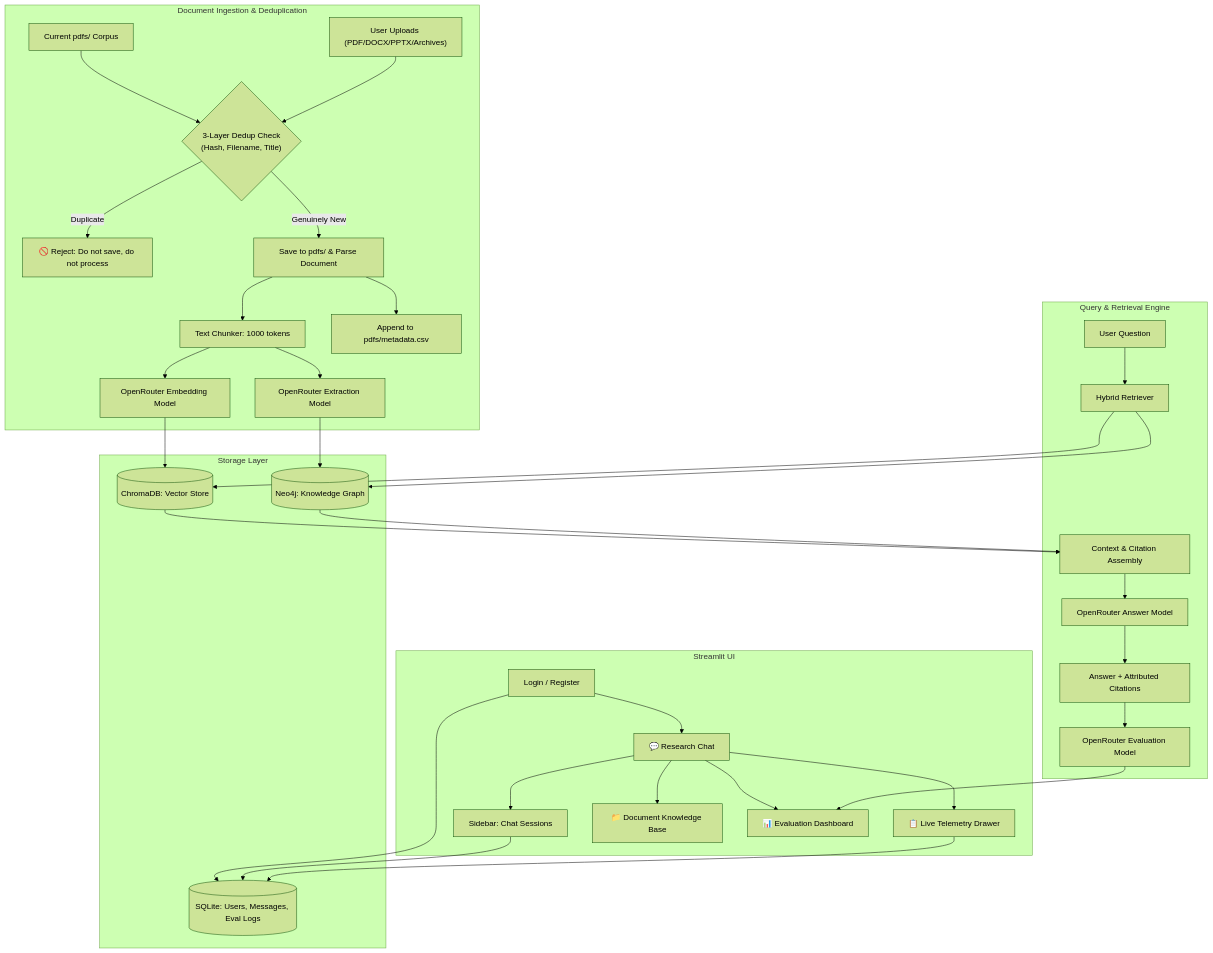
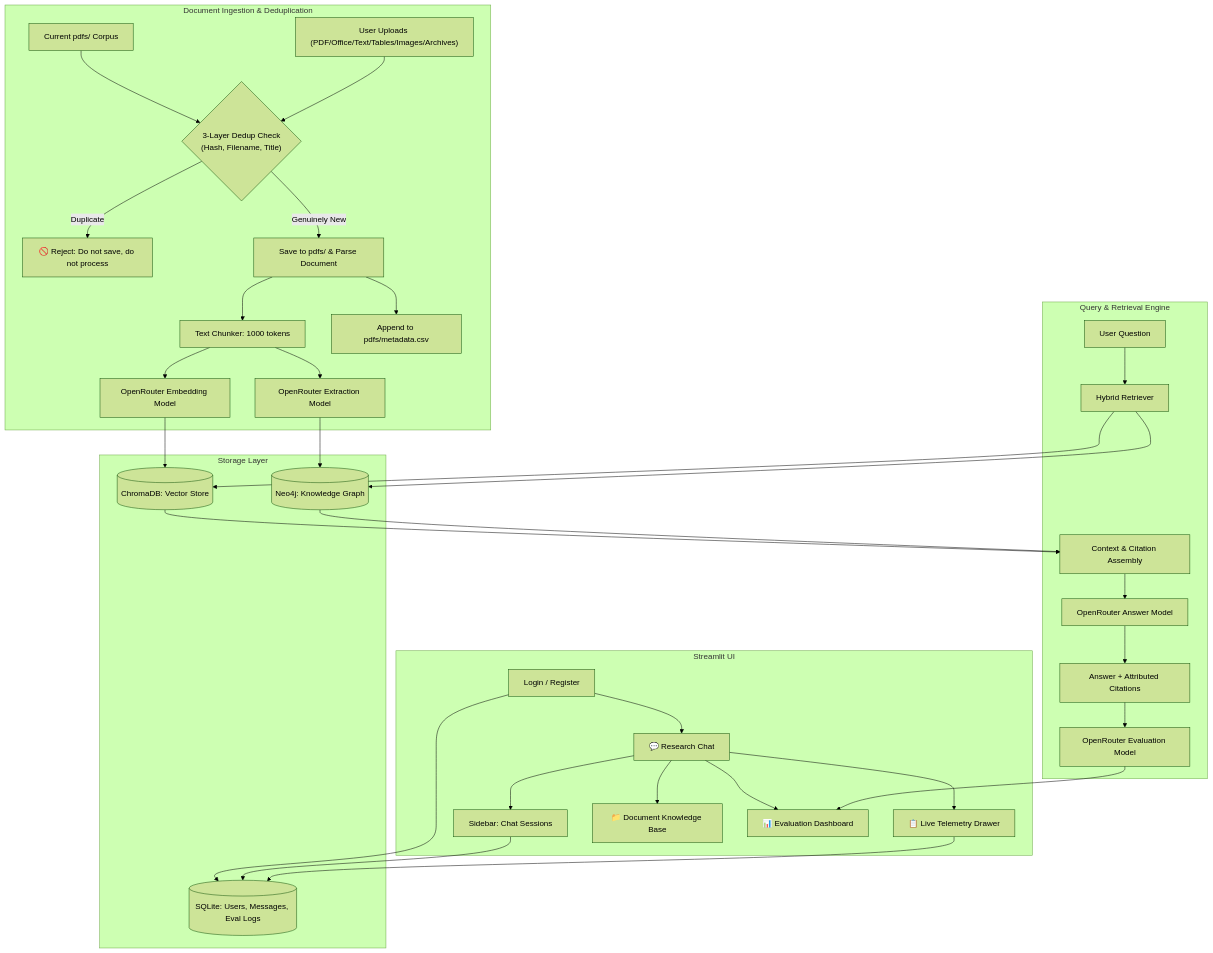
One commit to omartt4/AI-project-group changed the second of 3 diagrams in README.md. Above: the diagram before and after it, drawn with Mermaid (forest theme). The commit also changed other lines of this file and 48 other files, not shown here.

````diff
--- a/README.md
+++ b/README.md
@@ -54,39 +55,39 @@
 ```mermaid
 graph TB
     subgraph "Streamlit UI"
         Auth[Login / Register] --> Chat[💬 Research Chat]
         Chat --> Hist[Sidebar: Chat Sessions]
         Chat --> Telemetry[📋 Live Telemetry Drawer]
         Chat --> Upload[📁 Document Knowledge Base]
         Chat --> EvalDash[📊 Evaluation Dashboard]
     end
 
     subgraph "Document Ingestion & Deduplication"
         InitPDFs["Current pdfs/ Corpus"] --> DedupCheck
-        UserUploads["User Uploads (PDF/DOCX/PPTX/Archives)"] --> DedupCheck
+        UserUploads["User Uploads (PDF/Office/Text/Tables/Images/Archives)"] --> DedupCheck
         DedupCheck{"3-Layer Dedup Check<br>(Hash, Filename, Title)"}
         DedupCheck -->|Duplicate| Reject["🚫 Reject: Do not save, do not process"]
         DedupCheck -->|Genuinely New| Save["Save to pdfs/ & Parse Document"]
         Save --> Chunk[Text Chunker: 1000 tokens]
         Chunk --> Embed[OpenRouter Embedding Model]
         Chunk --> EntityExtract[OpenRouter Extraction Model]
         Save --> MetaCSV["Append to pdfs/metadata.csv"]
     end
 
     subgraph "Storage Layer"
         Embed --> Chroma[(ChromaDB: Vector Store)]
         EntityExtract --> Neo4j[(Neo4j: Knowledge Graph)]
         Auth & Hist & Telemetry --> SQLite[(SQLite: Users, Messages, Eval Logs)]
     end
 
     subgraph "Query & Retrieval Engine"
         UserQuery[User Question] --> HybridRetriever[Hybrid Retriever]
         HybridRetriever --> Chroma
         HybridRetriever --> Neo4j
         Chroma & Neo4j --> Assembly[Context & Citation Assembly]
         Assembly --> LLM[OpenRouter Answer Model]
         LLM --> Answer[Answer + Attributed Citations]
         Answer --> Judge[OpenRouter Evaluation Model]
         Judge --> EvalDash
     end
 ```
````
